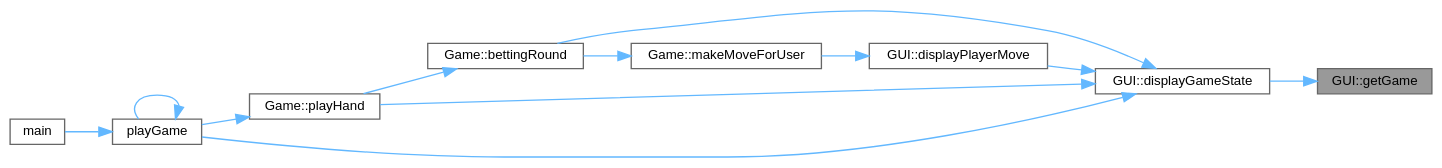
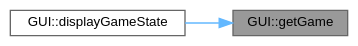
The diagram in class_g_u_i_a8a11612f177718da765ea52bc74d62de_icgraph.dot (jesstyrrell/cosc345), drawn with Graphviz before and after one commit. The commit also changed 159 other files, not shown here.

```diff
--- a/class_g_u_i_a8a11612f177718da765ea52bc74d62de_icgraph.dot
+++ b/class_g_u_i_a8a11612f177718da765ea52bc74d62de_icgraph.dot
@@ -1,28 +1,12 @@
 digraph "GUI::getGame"
 {
  // INTERACTIVE_SVG=YES
  // LATEX_PDF_SIZE
   bgcolor="transparent";
   edge [fontname=Helvetica,fontsize=10,labelfontname=Helvetica,labelfontsize=10];
   node [fontname=Helvetica,fontsize=10,shape=box,height=0.2,width=0.4];
   rankdir="RL";
   Node1 [id="Node000001",label="GUI::getGame",height=0.2,width=0.4,color="gray40", fillcolor="grey60", style="filled", fontcolor="black",tooltip="Gets the game object for the GUI."];
   Node1 -> Node2 [id="edge1_Node000001_Node000002",dir="back",color="steelblue1",style="solid",tooltip=" "];
-  Node2 [id="Node000002",label="GUI::displayGameState",height=0.2,width=0.4,color="grey40", fillcolor="white", style="filled",URL="$class_g_u_i.html#a8f55dae107a6648458f6eb16608c66d2",tooltip="Displays the current state of the game."];
-  Node2 -> Node3 [id="edge2_Node000002_Node000003",dir="back",color="steelblue1",style="solid",tooltip=" "];
-  Node3 [id="Node000003",label="Game::bettingRound",height=0.2,width=0.4,color="grey40", fillcolor="white", style="filled",URL="$class_game.html#a0de5cbe2125b0929a0bc8d2e6cdd64d5",tooltip="Conducts a betting round."];
-  Node3 -> Node4 [id="edge3_Node000003_Node000004",dir="back",color="steelblue1",style="solid",tooltip=" "];
-  Node4 [id="Node000004",label="Game::playHand",height=0.2,width=0.4,color="grey40", fillcolor="white", style="filled",URL="$class_game.html#a800a564b56220d19d800fba07903070e",tooltip="Plays a single hand of poker."];
-  Node4 -> Node5 [id="edge4_Node000004_Node000005",dir="back",color="steelblue1",style="solid",tooltip=" "];
-  Node5 [id="Node000005",label="playGame",height=0.2,width=0.4,color="grey40", fillcolor="white", style="filled",URL="$main_8cpp.html#a4cbfdb17bf51e00546880626f7e80429",tooltip=" "];
-  Node5 -> Node6 [id="edge5_Node000005_Node000006",dir="back",color="steelblue1",style="solid",tooltip=" "];
-  Node6 [id="Node000006",label="main",height=0.2,width=0.4,color="grey40", fillcolor="white", style="filled",URL="$main_8cpp.html#a0ddf1224851353fc92bfbff6f499fa97",tooltip=" "];
-  Node5 -> Node5 [id="edge6_Node000005_Node000005",dir="back",color="steelblue1",style="solid",tooltip=" "];
-  Node2 -> Node7 [id="edge7_Node000002_Node000007",dir="back",color="steelblue1",style="solid",tooltip=" "];
-  Node7 [id="Node000007",label="GUI::displayPlayerMove",height=0.2,width=0.4,color="grey40", fillcolor="white", style="filled",URL="$class_g_u_i.html#a65d07a686330670f5567a3fc11fbace1",tooltip="Displays a player's move."];
-  Node7 -> Node8 [id="edge8_Node000007_Node000008",dir="back",color="steelblue1",style="solid",tooltip=" "];
-  Node8 [id="Node000008",label="Game::makeMoveForUser",height=0.2,width=0.4,color="grey40", fillcolor="white", style="filled",URL="$class_game.html#a1a44850a64799e17f43f22b560275157",tooltip="Processes a move made by the user."];
-  Node8 -> Node3 [id="edge9_Node000008_Node000003",dir="back",color="steelblue1",style="solid",tooltip=" "];
-  Node2 -> Node5 [id="edge10_Node000002_Node000005",dir="back",color="steelblue1",style="solid",tooltip=" "];
-  Node2 -> Node4 [id="edge11_Node000002_Node000004",dir="back",color="steelblue1",style="solid",tooltip=" "];
+  Node2 [id="Node000002",label="GUI::displayGameState",height=0.2,width=0.4,color="grey40", fillcolor="white", style="filled",URL="$class_g_u_i.html#aceab7aad7982ca405d39986bf9ffb57b",tooltip="Displays the current state of the game."];
 }
```
